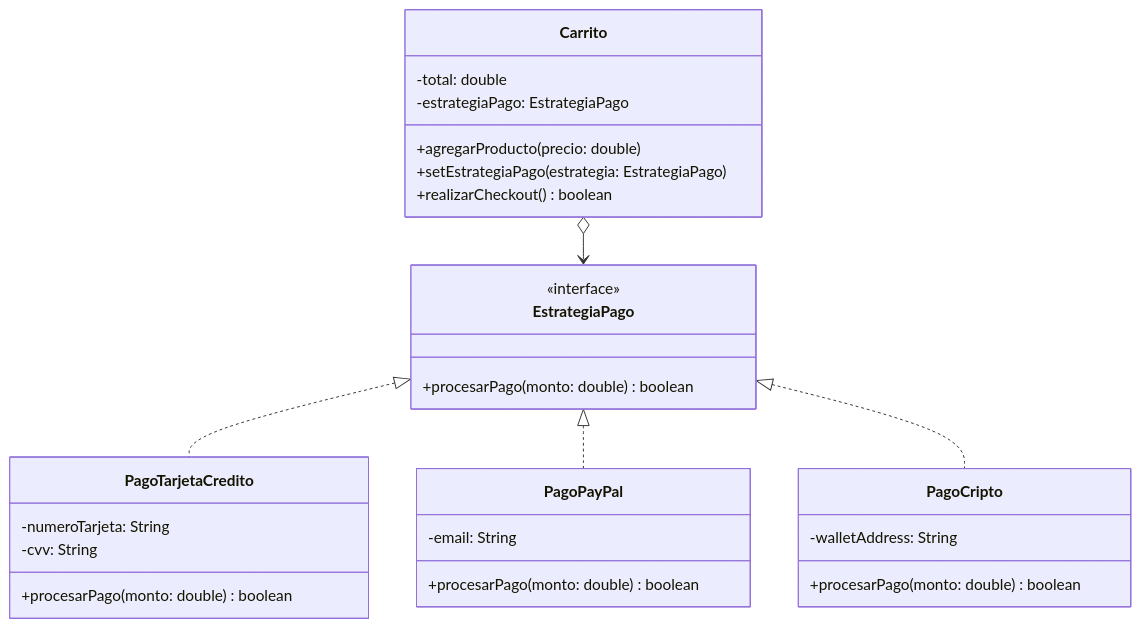
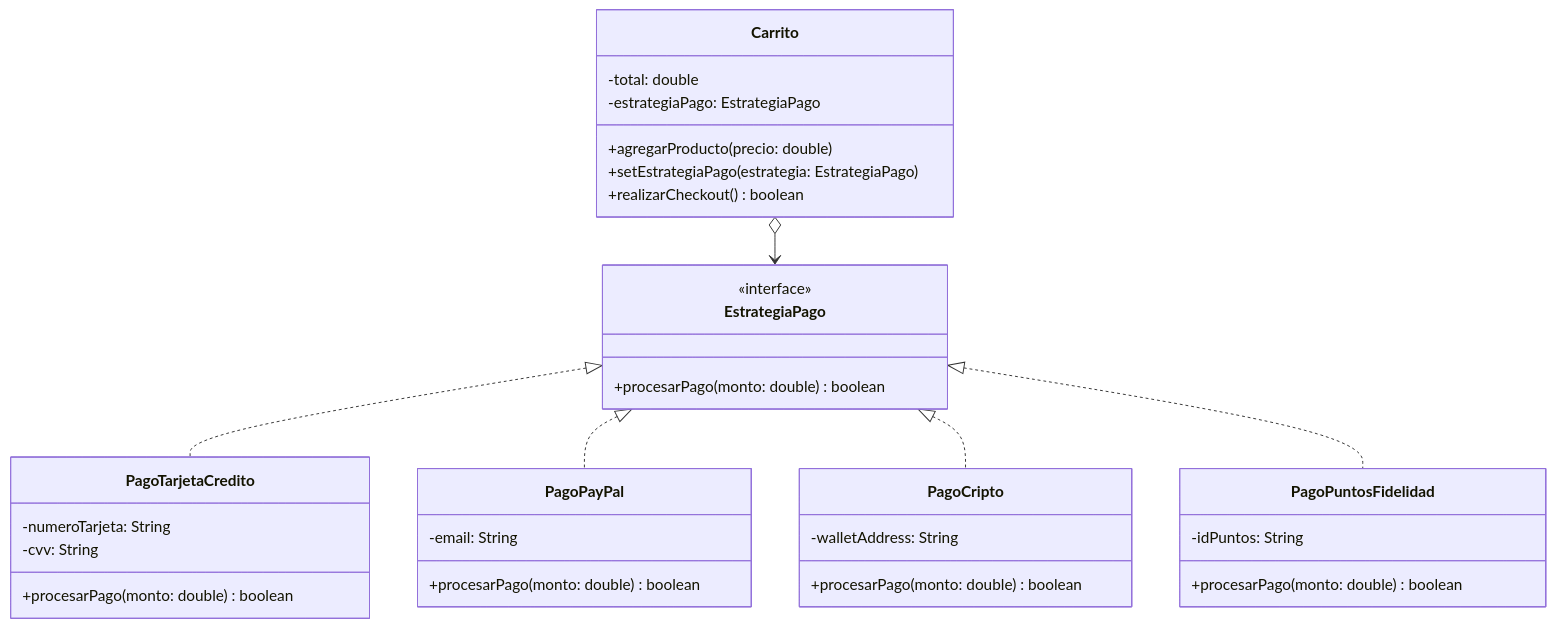
Before and after one commit to Jeronimo334/Presentacion_Strategy: the diagram in ejemplo_del_patr_n_strategy.md, drawn with Mermaid. The commit also changed other lines of this file, not shown here.

````diff
--- a/ejemplo_del_patr_n_strategy.md
+++ b/ejemplo_del_patr_n_strategy.md
@@ -31,31 +30,36 @@
 ```mermaid
 classDiagram
     class EstrategiaPago {
         <<interface>>
         +procesarPago(monto: double) boolean
     }
     class PagoTarjetaCredito {
         -numeroTarjeta: String
         -cvv: String
         +procesarPago(monto: double) boolean
     }
     class PagoPayPal {
         -email: String
         +procesarPago(monto: double) boolean
     }
     class PagoCripto {
         -walletAddress: String
         +procesarPago(monto: double) boolean
     }
+    class PagoPuntosFidelidad {
+        -idPuntos: String
+        +procesarPago(monto: double) boolean
+    }
     class Carrito {
         -total: double
         -estrategiaPago: EstrategiaPago
         +agregarProducto(precio: double)
         +setEstrategiaPago(estrategia: EstrategiaPago)
         +realizarCheckout() boolean
     }
     EstrategiaPago <|.. PagoTarjetaCredito
     EstrategiaPago <|.. PagoPayPal
     EstrategiaPago <|.. PagoCripto
+    EstrategiaPago <|.. PagoPuntosFidelidad
     Carrito o--> EstrategiaPago
 ```
````
